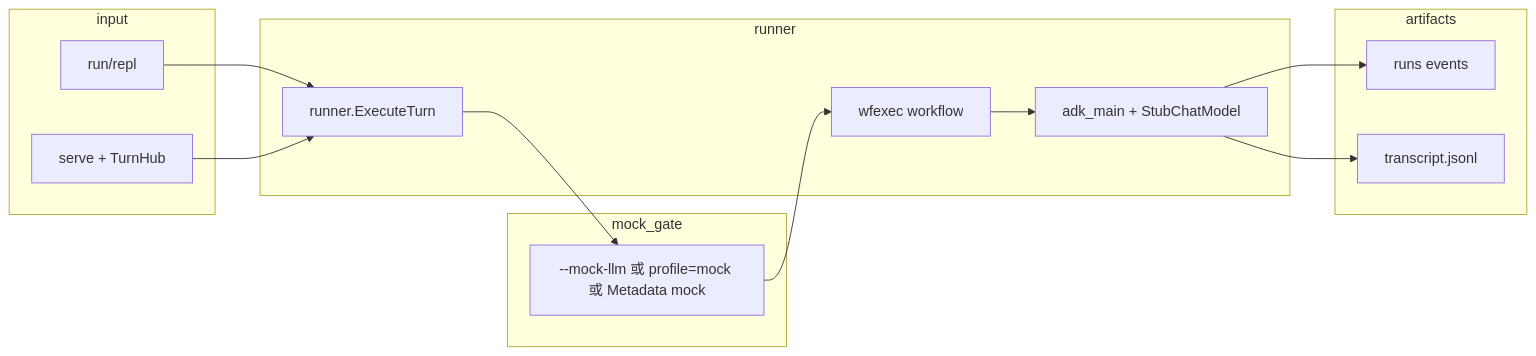
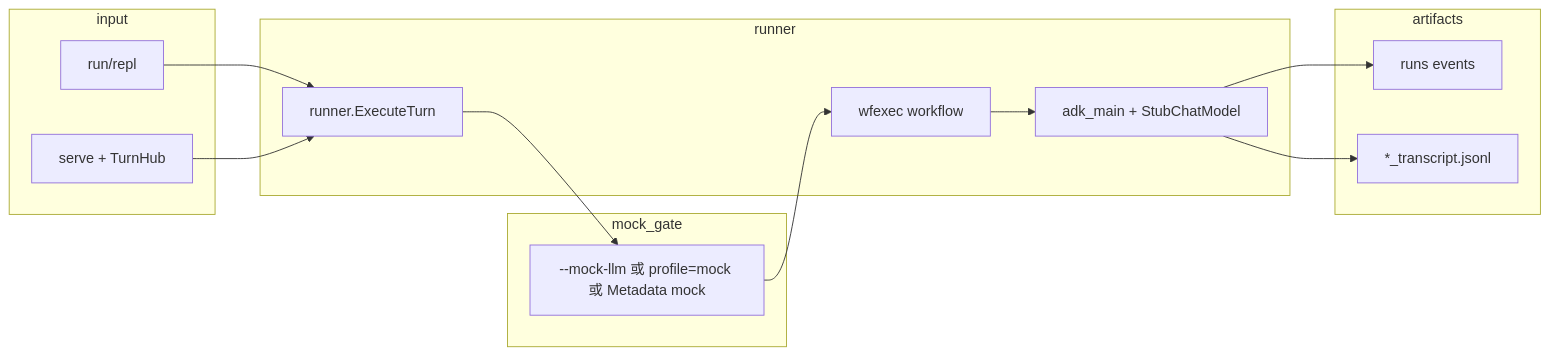
Before and after one commit to lengzhao/oneclaw: the second of 2 diagrams in test/e2e_case.md, drawn with Mermaid. The commit also changed other lines of this file and 77 other files, not shown here.

````diff
--- a/test/e2e_case.md
+++ b/test/e2e_case.md
@@ -97,26 +97,26 @@
 ```mermaid
 flowchart LR
   subgraph input
     CLI[run/repl]
     SRV[serve + TurnHub]
   end
   subgraph mock_gate
     FL["--mock-llm 或 profile=mock 或 Metadata mock"]
   end
   subgraph runner
     ET[runner.ExecuteTurn]
     WF[wfexec workflow]
     ADK[adk_main + StubChatModel]
   end
   subgraph artifacts
     RUNS[runs events]
-    TR[transcript.jsonl]
+    TR[*_transcript.jsonl]
   end
   CLI --> ET
   SRV --> ET
   ET --> FL
   FL --> WF
   WF --> ADK
   ADK --> RUNS
   ADK --> TR
 ```
````
